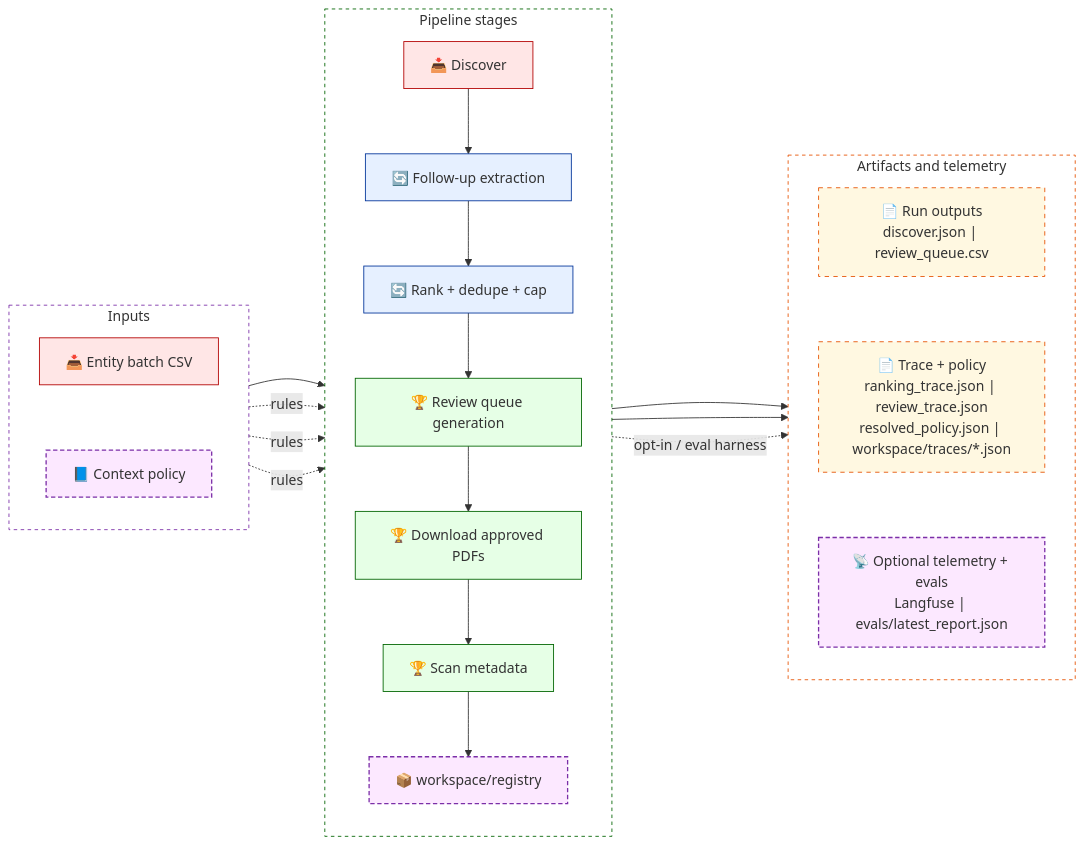
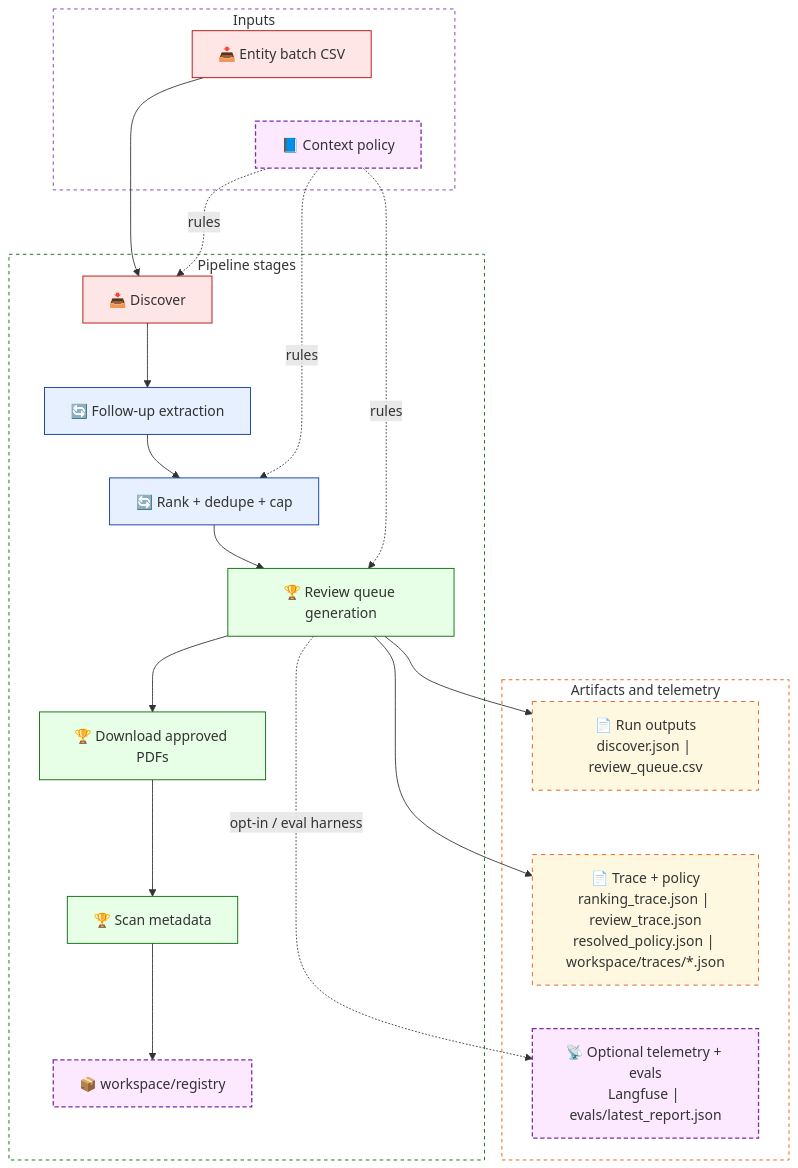
Before and after one commit to tinnluo/document-acquisition-workbench: the first of 2 diagrams in README.md, drawn with Mermaid.

Commit message:
docs: switch README architecture diagram to vertical layout

````diff
--- a/README.md
+++ b/README.md
@@ -20,62 +20,59 @@
 ```mermaid
-graph LR
+graph TD
 
 subgraph INPUTS["Inputs"]
-  direction TB
   E["📥 Entity batch CSV"]:::bronze
   P["📘 Context policy"]:::external
 end
 
 subgraph PIPE["Pipeline stages"]
-  direction TB
   D["📥 Discover"]:::bronze
   F["🔄 Follow-up extraction"]:::silver
   R["🔄 Rank + dedupe + cap"]:::silver
   Q["🏆 Review queue generation"]:::golden
   DL["🏆 Download approved PDFs"]:::golden
   SC["🏆 Scan metadata"]:::golden
   RG["📦 workspace/registry"]:::external
 end
 
 subgraph OUTPUTS["Artifacts and telemetry"]
-  direction TB
   O1["📄 Run outputs<br/>discover.json | review_queue.csv"]:::artifact
   O2["📄 Trace + policy<br/>ranking_trace.json | review_trace.json<br/>resolved_policy.json | workspace/traces/*.json"]:::artifact
   O3["📡 Optional telemetry + evals<br/>Langfuse | evals/latest_report.json"]:::external
 end
 
 E --> P
 O1 --> O2
 O2 --> O3
 D --> F --> R --> Q --> DL --> SC --> RG
 E --> D
 P -. "rules" .-> D
 P -. "rules" .-> R
 P -. "rules" .-> Q
 Q --> O1
 Q --> O2
 Q -. "opt-in / eval harness" .-> O3
 
 classDef bronze fill:#ffe6e6,stroke:#b30000,stroke-width:1px
 classDef silver fill:#e6f0ff,stroke:#003399,stroke-width:1px
 classDef golden fill:#e6ffe6,stroke:#006400,stroke-width:1px
 classDef external fill:#fce8ff,stroke:#7b2fa8,stroke-width:1.5px,stroke-dasharray:5 3
 classDef artifact fill:#fff8e1,stroke:#e65100,stroke-width:1px,stroke-dasharray:5 5
 
 style E fill:#ffe6e6,stroke:#b30000,stroke-width:1px
 style P fill:#fce8ff,stroke:#7b2fa8,stroke-width:1.5px,stroke-dasharray:5 3
 style D fill:#ffe6e6,stroke:#b30000,stroke-width:1px
 style F fill:#e6f0ff,stroke:#003399,stroke-width:1px
 style R fill:#e6f0ff,stroke:#003399,stroke-width:1px
 style Q fill:#e6ffe6,stroke:#006400,stroke-width:1px
 style DL fill:#e6ffe6,stroke:#006400,stroke-width:1px
 style SC fill:#e6ffe6,stroke:#006400,stroke-width:1px
 style RG fill:#fce8ff,stroke:#7b2fa8,stroke-width:1.5px,stroke-dasharray:5 3
 style O1 fill:#fff8e1,stroke:#e65100,stroke-width:1px,stroke-dasharray:5 5
 style O2 fill:#fff8e1,stroke:#e65100,stroke-width:1px,stroke-dasharray:5 5
 style O3 fill:#fce8ff,stroke:#7b2fa8,stroke-width:1.5px,stroke-dasharray:5 3
 style INPUTS fill:transparent,stroke:#7b2fa8,stroke-width:1px,stroke-dasharray:4 4
 style PIPE fill:transparent,stroke:#006400,stroke-width:1px,stroke-dasharray:4 4
 style OUTPUTS fill:transparent,stroke:#e65100,stroke-width:1px,stroke-dasharray:4 4
 linkStyle 0,1,2 stroke:transparent,fill:none
 ```
````
